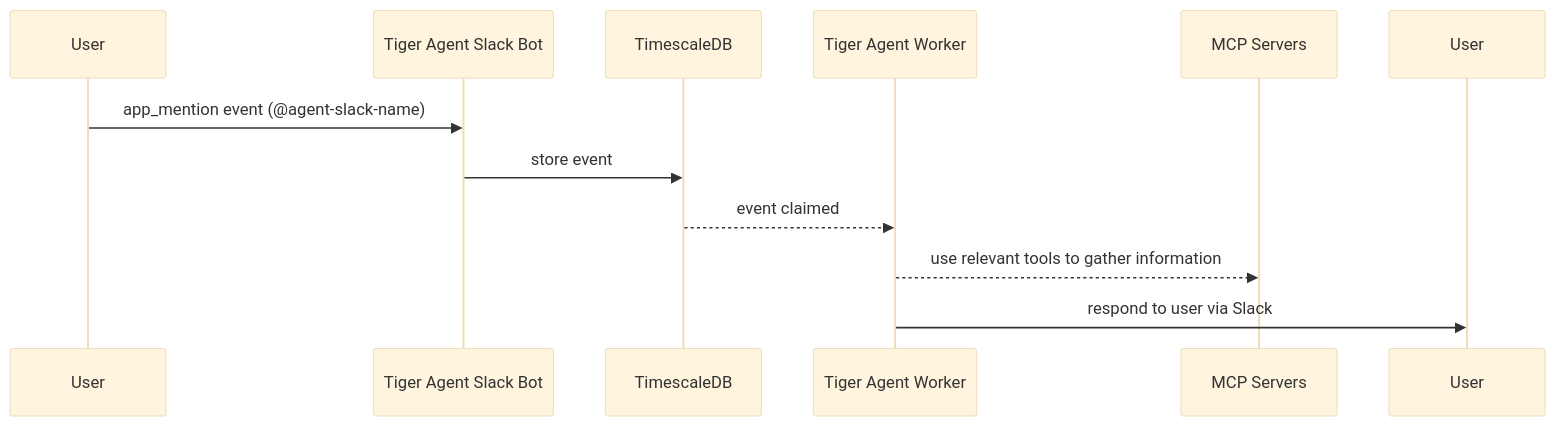
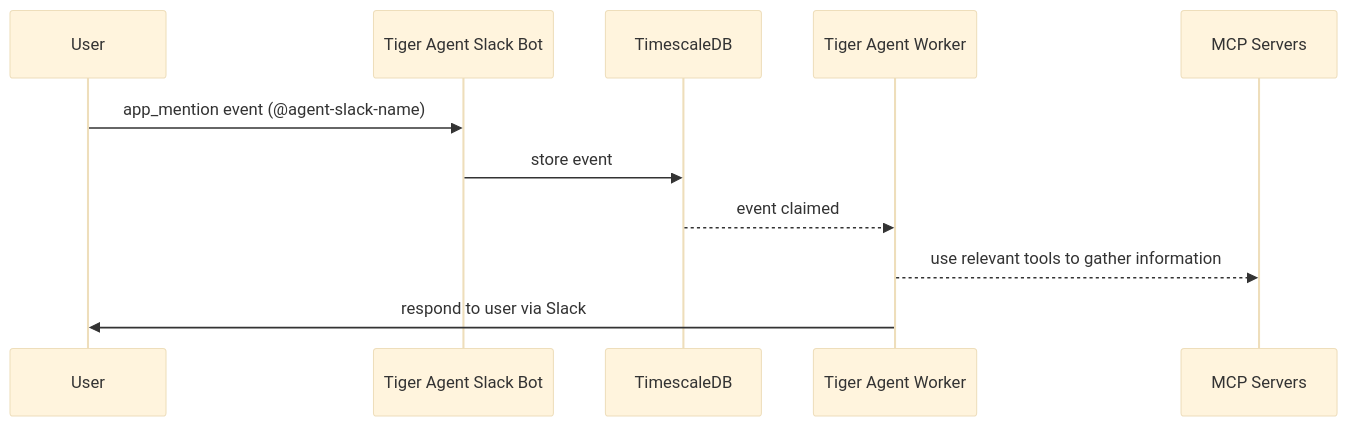
The diagram in README.md (timescale/tiger-agents-for-work), drawn with Mermaid (base theme) before and after one commit.

Commit message:
fix participant

````diff
--- a/README.md
+++ b/README.md
@@ -26,14 +26,14 @@
 ```mermaid
 sequenceDiagram
     participant U as User
     participant TAB as Tiger Agent Slack Bot
     participant TSDB as TimescaleDB
     participant TAW as Tiger Agent Worker
     participant MCP as MCP Servers
 
     U->>TAB: app_mention event (@agent-slack-name)
     TAB->>TSDB: store event
     TSDB-->>TAW: event claimed
     TAW-->>MCP: use relevant tools to gather information
-    TAW->>User: respond to user via Slack
+    TAW->>U: respond to user via Slack
 ```
````
